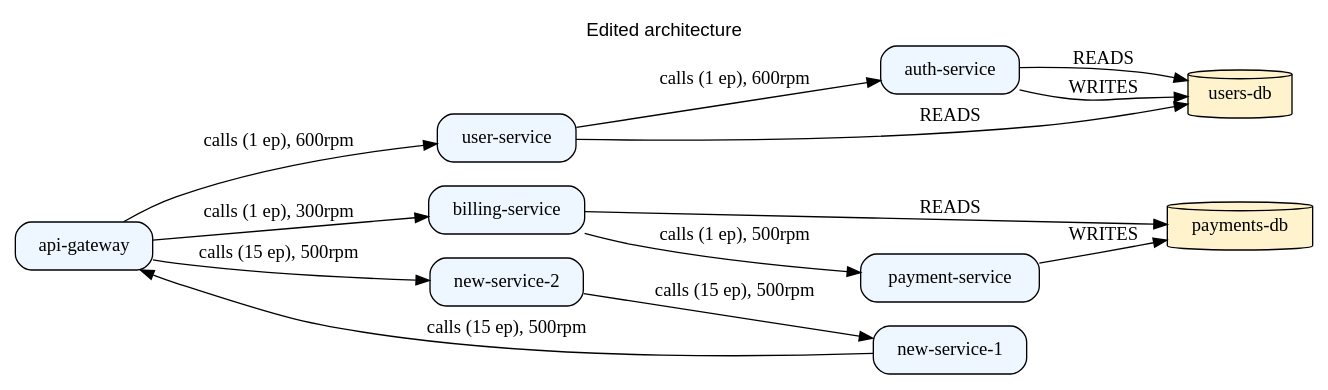
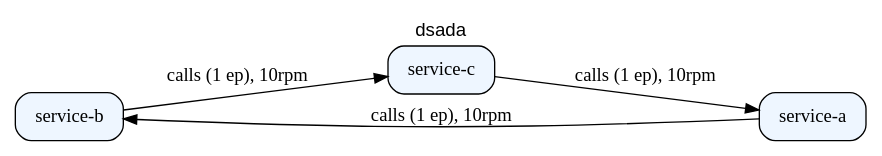
The diagram in out/graph.dot (GoSim-25-26J-441/go-sim-backend), drawn with Graphviz before and after one commit. The commit also changed 143 other files, not shown here.

```diff
--- a/out/graph.dot
+++ b/out/graph.dot
@@ -1,26 +1,11 @@
 digraph G {
   rankdir=LR;
   node [shape=box, style=rounded];
-  labelloc="t"; label="Edited architecture"; fontname="Helvetica";
-  "SERVICE:user-service" [label="user-service", shape=box,style="rounded,filled",fillcolor="#eef6ff"];
-  "DATABASE:payments-db" [label="payments-db", shape=cylinder,style="filled",fillcolor="#fff3cd"];
-  "SERVICE:api-gateway" [label="api-gateway", shape=box,style="rounded,filled",fillcolor="#eef6ff"];
-  "SERVICE:auth-service" [label="auth-service", shape=box,style="rounded,filled",fillcolor="#eef6ff"];
-  "SERVICE:billing-service" [label="billing-service", shape=box,style="rounded,filled",fillcolor="#eef6ff"];
-  "SERVICE:payment-service" [label="payment-service", shape=box,style="rounded,filled",fillcolor="#eef6ff"];
-  "SERVICE:new-service-2" [label="new-service-2", shape=box,style="rounded,filled",fillcolor="#eef6ff"];
-  "SERVICE:new-service-1" [label="new-service-1", shape=box,style="rounded,filled",fillcolor="#eef6ff"];
-  "DATABASE:users-db" [label="users-db", shape=cylinder,style="filled",fillcolor="#fff3cd"];
-  "SERVICE:api-gateway" -> "SERVICE:user-service" [label="calls (1 ep), 600rpm", tooltip="edge#0"];
-  "SERVICE:api-gateway" -> "SERVICE:billing-service" [label="calls (1 ep), 300rpm", tooltip="edge#1"];
-  "SERVICE:api-gateway" -> "SERVICE:new-service-2" [label="calls (15 ep), 500rpm", tooltip="edge#2"];
-  "SERVICE:auth-service" -> "DATABASE:users-db" [label="READS", tooltip="edge#3"];
-  "SERVICE:auth-service" -> "DATABASE:users-db" [label="WRITES", tooltip="edge#4"];
-  "SERVICE:billing-service" -> "SERVICE:payment-service" [label="calls (1 ep), 500rpm", tooltip="edge#5"];
-  "SERVICE:billing-service" -> "DATABASE:payments-db" [label="READS", tooltip="edge#6"];
-  "SERVICE:payment-service" -> "DATABASE:payments-db" [label="WRITES", tooltip="edge#7"];
-  "SERVICE:user-service" -> "SERVICE:auth-service" [label="calls (1 ep), 600rpm", tooltip="edge#8"];
-  "SERVICE:user-service" -> "DATABASE:users-db" [label="READS", tooltip="edge#9"];
-  "SERVICE:new-service-2" -> "SERVICE:new-service-1" [label="calls (15 ep), 500rpm", tooltip="edge#10"];
-  "SERVICE:new-service-1" -> "SERVICE:api-gateway" [label="calls (15 ep), 500rpm", tooltip="edge#11"];
+  labelloc="t"; label="dsada"; fontname="Helvetica";
+  "SERVICE:service-b" [label="service-b", shape=box,style="rounded,filled",fillcolor="#eef6ff"];
+  "SERVICE:service-c" [label="service-c", shape=box,style="rounded,filled",fillcolor="#eef6ff"];
+  "SERVICE:service-a" [label="service-a", shape=box,style="rounded,filled",fillcolor="#eef6ff"];
+  "SERVICE:service-a" -> "SERVICE:service-b" [label="calls (1 ep), 10rpm", tooltip="edge#0"];
+  "SERVICE:service-b" -> "SERVICE:service-c" [label="calls (1 ep), 10rpm", tooltip="edge#1"];
+  "SERVICE:service-c" -> "SERVICE:service-a" [label="calls (1 ep), 10rpm", tooltip="edge#2"];
 }
```
